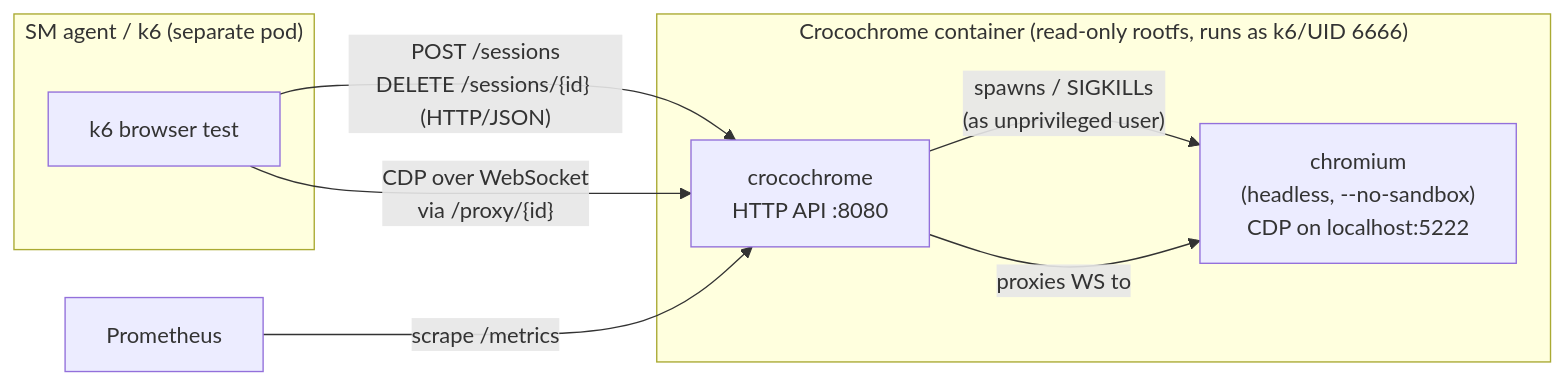
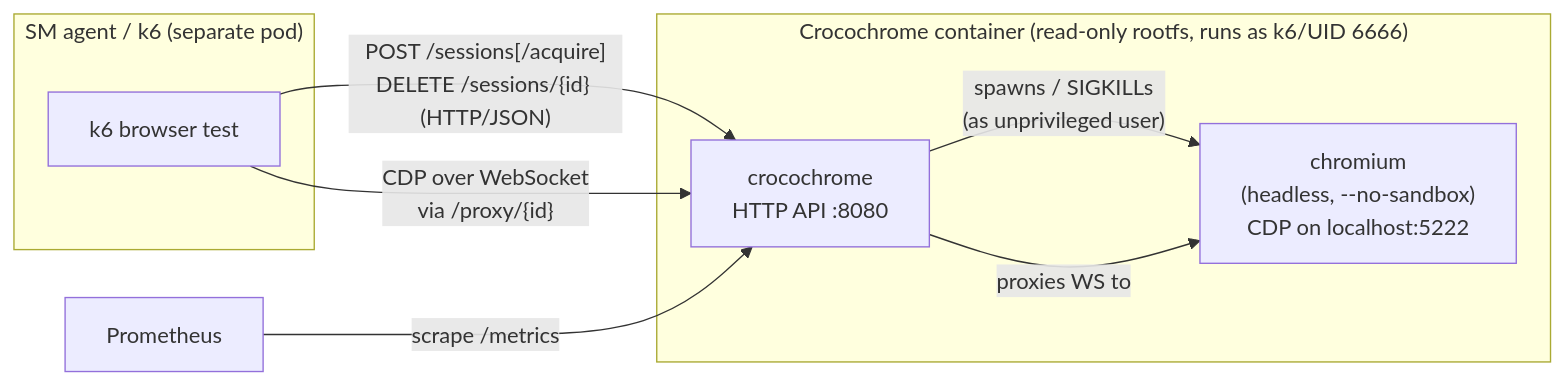
Before and after one commit to grafana/crocochrome: the first of 2 diagrams in doc/index.md, drawn with Mermaid. The commit also changed other lines of this file and 11 other files, not shown here.

````diff
--- a/doc/index.md
+++ b/doc/index.md
@@ -39,19 +39,19 @@
 ```mermaid
 flowchart LR
     subgraph client["SM agent / k6 (separate pod)"]
         k6["k6 browser test"]
     end
 
     subgraph pod["Crocochrome container (read-only rootfs, runs as k6/UID 6666)"]
         croco["crocochrome<br/>HTTP API :8080"]
         chromium["chromium<br/>(headless, --no-sandbox)<br/>CDP on localhost:5222"]
         croco -- "spawns / SIGKILLs<br/>(as unprivileged user)" --> chromium
     end
 
     prom["Prometheus"]
 
-    k6 -- "POST /sessions<br/>DELETE /sessions/{id} (HTTP/JSON)" --> croco
+    k6 -- "POST /sessions[/acquire]<br/>DELETE /sessions/{id} (HTTP/JSON)" --> croco
     k6 -- "CDP over WebSocket<br/>via /proxy/{id}" --> croco
     croco -- "proxies WS to" --> chromium
     prom -- "scrape /metrics" --> croco
 ```
````
